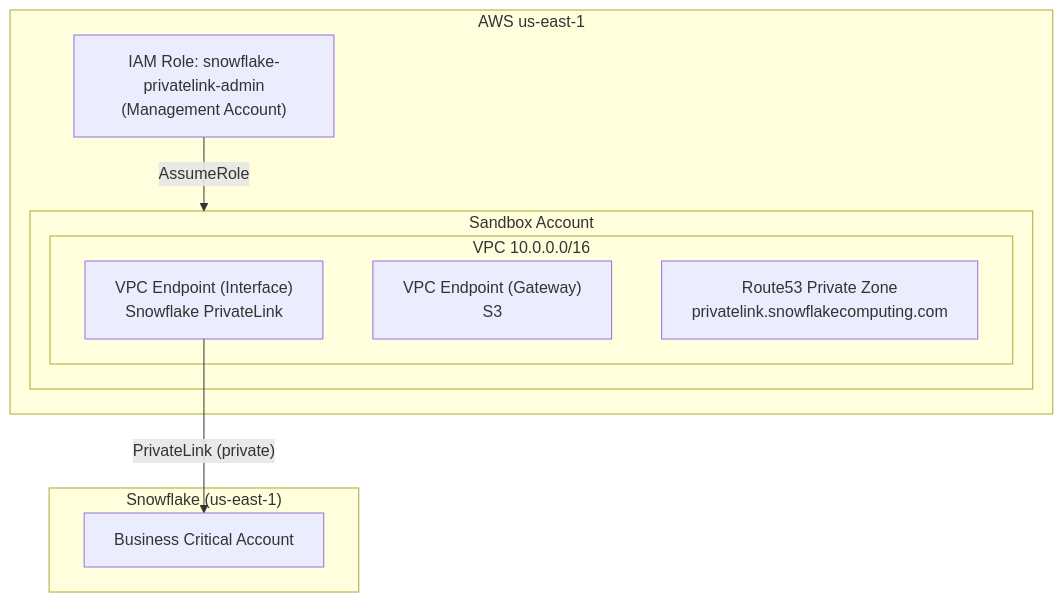
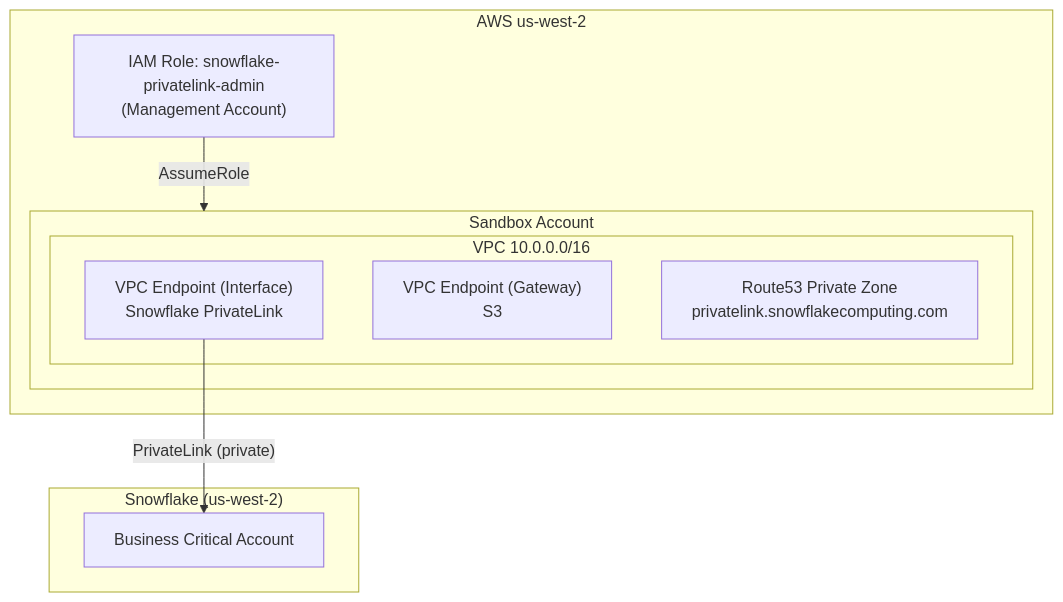
One commit to midega-g/snowflake_aws_privatelink changed the diagram in README.md. Above: the diagram before and after it, drawn with Mermaid. The commit also changed other lines of this file and 12 other files, not shown here.

First line of the commit message:
feat: migrate from us-east-1 to us-west-2

````diff
--- a/README.md
+++ b/README.md
@@ -9,20 +9,20 @@
 ```mermaid
 flowchart TB
-    subgraph AWS["AWS us-east-1"]
+    subgraph AWS["AWS us-west-2"]
         subgraph SANDBOX["Sandbox Account"]
             subgraph VPC["VPC 10.0.0.0/16"]
                 VPCE["VPC Endpoint (Interface)\nSnowflake PrivateLink"]
                 S3GW["VPC Endpoint (Gateway)\nS3"]
                 R53["Route53 Private Zone\nprivatelink.snowflakecomputing.com"]
             end
         end
         ROLE["IAM Role: snowflake-privatelink-admin\n(Management Account)"]
     end
 
-    subgraph SF["Snowflake (us-east-1)"]
+    subgraph SF["Snowflake (us-west-2)"]
         SFACCT["Business Critical Account"]
     end
 
     ROLE -->|AssumeRole| SANDBOX
     VPCE -->|"PrivateLink (private)"| SFACCT
 ```
````
